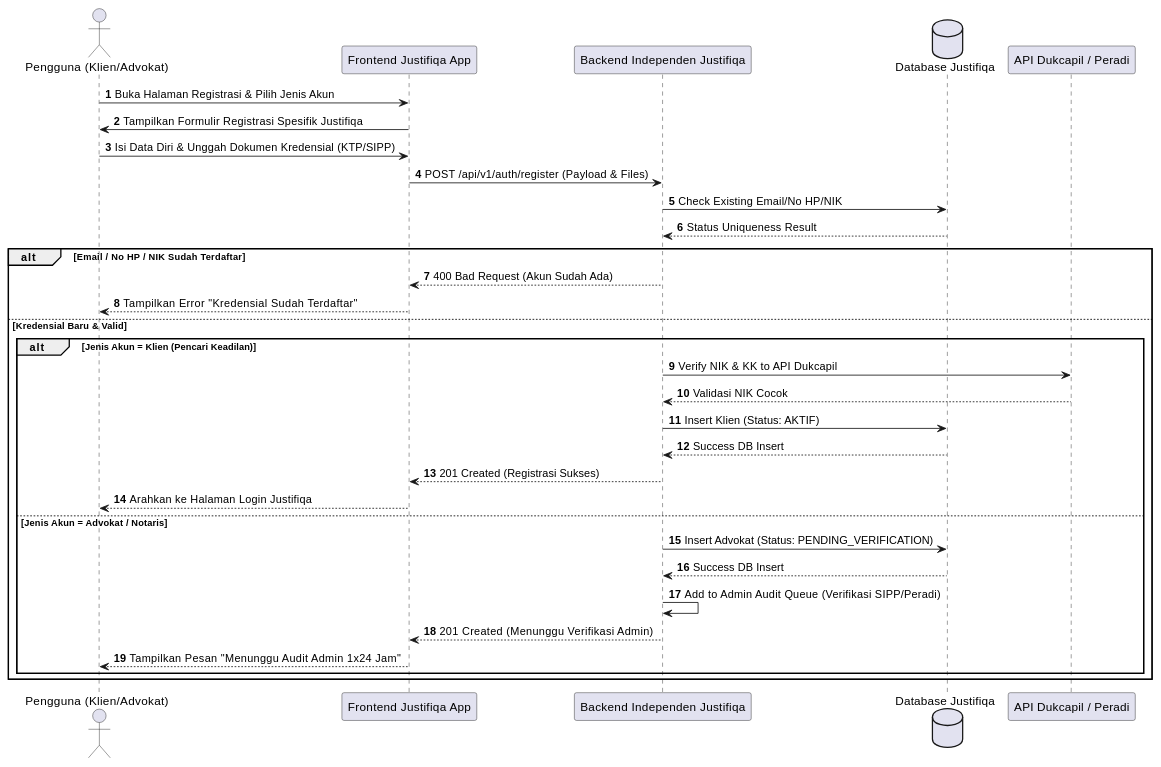
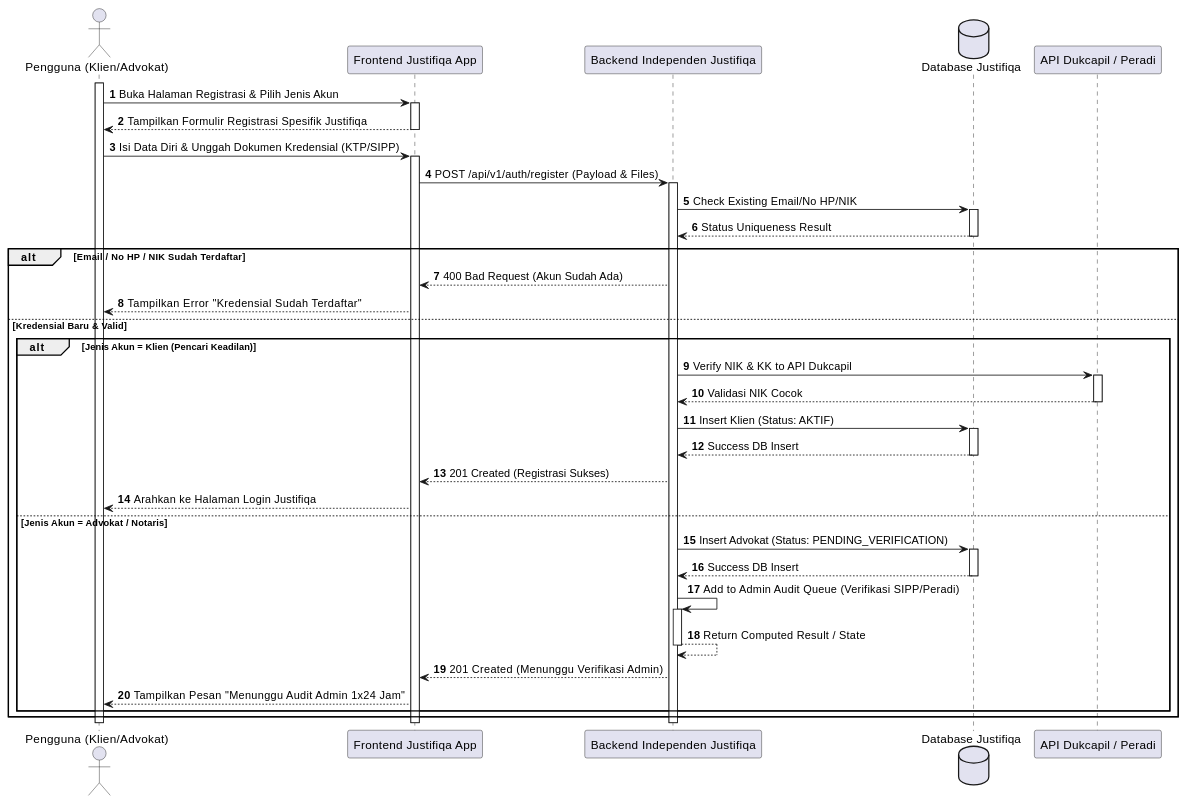
One commit to tupperwureism/SuperApp-Gagal changed the first of 27 diagrams in MarkDown/plantuml_sequence_diagrams.md. Above: the diagram before and after it, drawn with PlantUML. The commit also changed other lines of this file and 1 other file, not shown here.

Commit message:
docs(uml): enforce strict UML activation bars, API/DB return arrows, and alt security boundaries for SD Justifiqa & Qualifa

````diff
--- a/MarkDown/plantuml_sequence_diagrams.md
+++ b/MarkDown/plantuml_sequence_diagrams.md
@@ -20,38 +20,43 @@
 ```plantuml
 @startuml
 autonumber
 actor "Pengguna (Klien/Advokat)" as User
 participant "Frontend Justifiqa App" as FE
 participant "Backend Independen Justifiqa" as BE
 database "Database Justifiqa" as DB
 participant "API Dukcapil / Peradi" as Ext
 
-User -> FE : Buka Halaman Registrasi & Pilih Jenis Akun
-FE -> User : Tampilkan Formulir Registrasi Spesifik Justifiqa
-User -> FE : Isi Data Diri & Unggah Dokumen Kredensial (KTP/SIPP)
-FE -> BE : POST /api/v1/auth/register (Payload & Files)
+activate User
+User -> FE ++ : Buka Halaman Registrasi & Pilih Jenis Akun
+FE --> User -- : Tampilkan Formulir Registrasi Spesifik Justifiqa
+User -> FE ++ : Isi Data Diri & Unggah Dokumen Kredensial (KTP/SIPP)
+FE -> BE ++ : POST /api/v1/auth/register (Payload & Files)
 
-BE -> DB : Check Existing Email/No HP/NIK
-DB --> BE : Status Uniqueness Result
+BE -> DB ++ : Check Existing Email/No HP/NIK
+DB --> BE -- : Status Uniqueness Result
 
 alt Email / No HP / NIK Sudah Terdaftar
     BE --> FE : 400 Bad Request (Akun Sudah Ada)
     FE --> User : Tampilkan Error "Kredensial Sudah Terdaftar"
 else Kredensial Baru & Valid
     alt Jenis Akun = Klien (Pencari Keadilan)
-        BE -> Ext : Verify NIK & KK to API Dukcapil
-        Ext --> BE : Validasi NIK Cocok
-        BE -> DB : Insert Klien (Status: AKTIF)
-        DB --> BE : Success DB Insert
+        BE -> Ext ++ : Verify NIK & KK to API Dukcapil
+        Ext --> BE -- : Validasi NIK Cocok
+        BE -> DB ++ : Insert Klien (Status: AKTIF)
+        DB --> BE -- : Success DB Insert
         BE --> FE : 201 Created (Registrasi Sukses)
         FE --> User : Arahkan ke Halaman Login Justifiqa
     else Jenis Akun = Advokat / Notaris
-        BE -> DB : Insert Advokat (Status: PENDING_VERIFICATION)
-        DB --> BE : Success DB Insert
-        BE -> BE : Add to Admin Audit Queue (Verifikasi SIPP/Peradi)
+        BE -> DB ++ : Insert Advokat (Status: PENDING_VERIFICATION)
+        DB --> BE -- : Success DB Insert
+        BE -> BE ++ : Add to Admin Audit Queue (Verifikasi SIPP/Peradi)
+        BE --> BE -- : Return Computed Result / State
         BE --> FE : 201 Created (Menunggu Verifikasi Admin)
         FE --> User : Tampilkan Pesan "Menunggu Audit Admin 1x24 Jam"
     end
 end
+deactivate BE
+deactivate FE
+deactivate User
 @enduml
 ```
````
